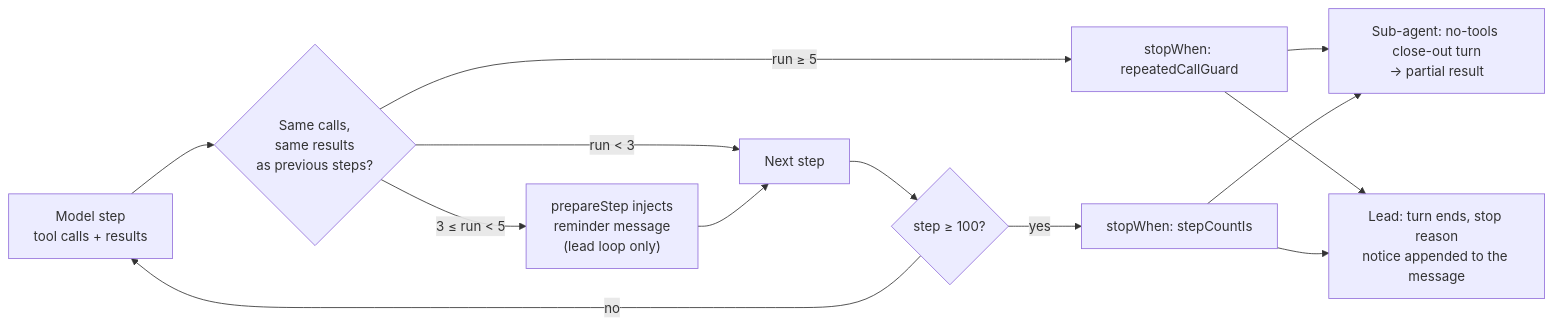
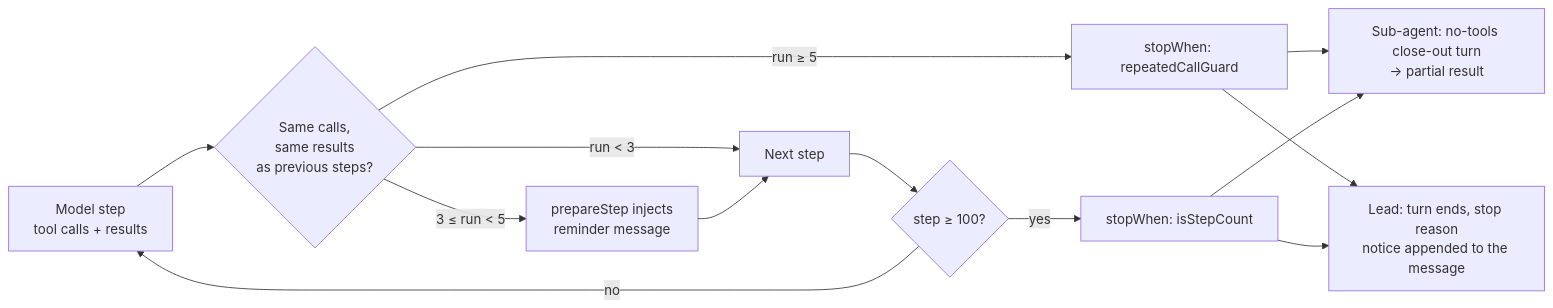
The diagram in docs/architecture/loop-guards.md (data-fair/agents), drawn with Mermaid before and after one commit. The commit also changed other lines of this file and 5 other files, not shown here.

````diff
--- a/docs/architecture/loop-guards.md
+++ b/docs/architecture/loop-guards.md
@@ -10,14 +10,14 @@
 ```mermaid
 flowchart LR
   Step[Model step<br/>tool calls + results] --> Repeat{Same calls,<br/>same results<br/>as previous steps?}
   Repeat -->|"run &lt; 3"| Next[Next step]
-  Repeat -->|"3 ≤ run &lt; 5"| Nudge["prepareStep injects<br/>reminder message<br/>(lead loop only)"] --> Next
+  Repeat -->|"3 ≤ run &lt; 5"| Nudge["prepareStep injects<br/>reminder message"] --> Next
   Repeat -->|"run ≥ 5"| Stop[stopWhen: repeatedCallGuard]
   Next --> Count{step ≥ 100?}
   Count -->|no| Step
-  Count -->|yes| Stop2[stopWhen: stepCountIs]
+  Count -->|yes| Stop2[stopWhen: isStepCount]
   Stop --> Closeout[Sub-agent: no-tools close-out turn<br/>→ partial result]
   Stop2 --> Closeout
   Stop --> Notice[Lead: turn ends, stop reason<br/>notice appended to the message]
   Stop2 --> Notice
 ```
````
